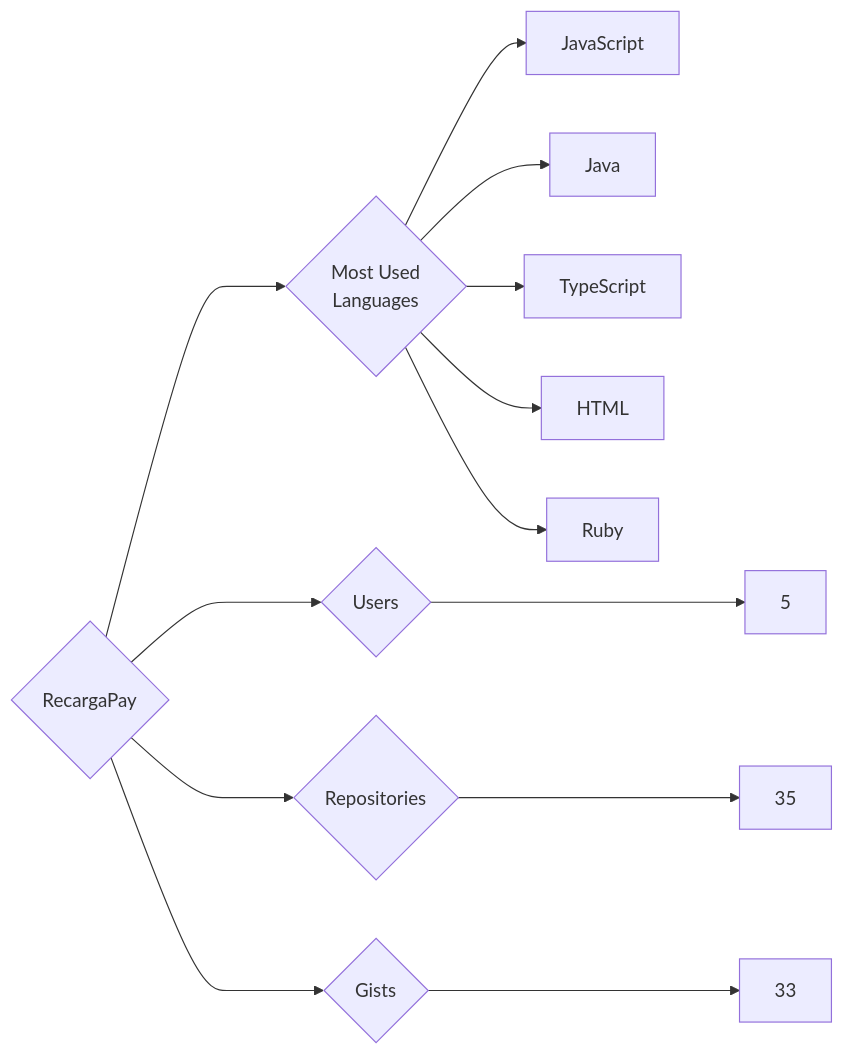
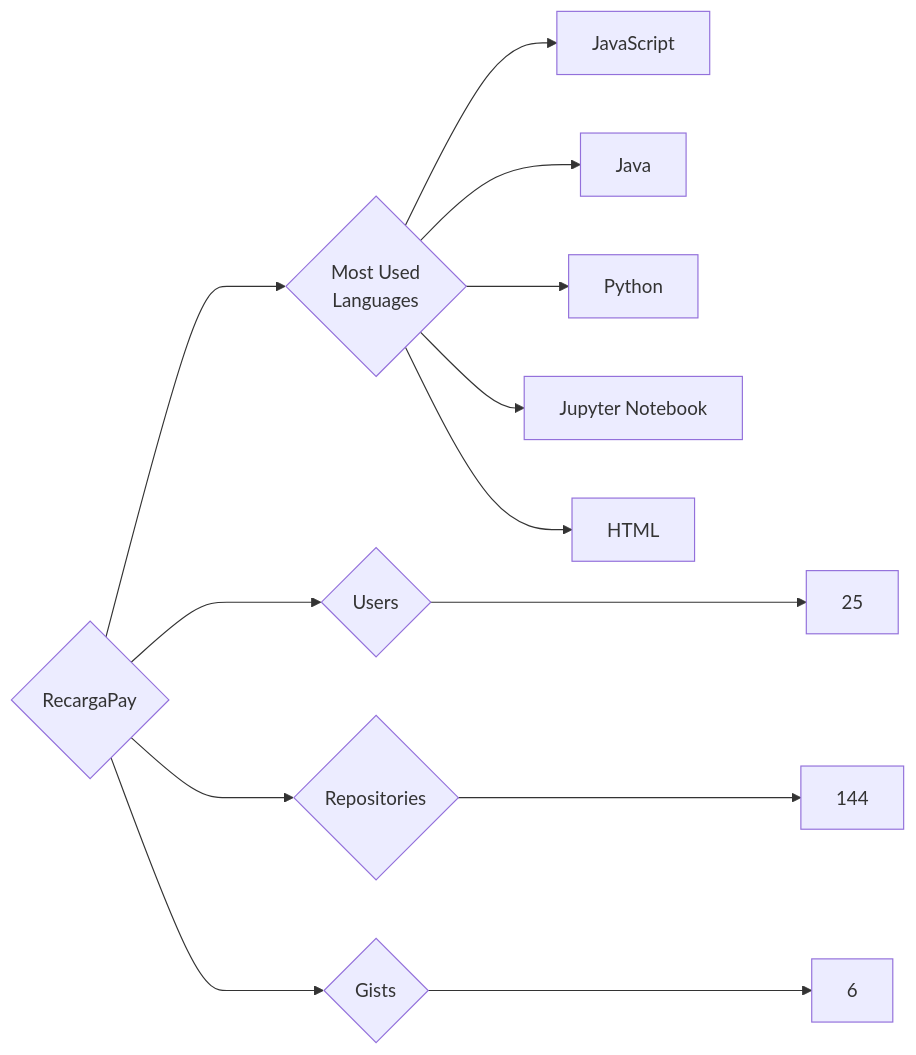
The diagram in targets/RecargaPay/README.md (trickest/insiders), drawn with Mermaid before and after one commit. The commit also changed 534 other files, not shown here.

````diff
--- a/targets/RecargaPay/README.md
+++ b/targets/RecargaPay/README.md
@@ -3,13 +3,13 @@
 ```mermaid
 graph LR
 COMPANY_NAME{RecargaPay}
-COMPANY_NAME ---> U{Users} ---> UN[5]
-COMPANY_NAME ---> R{Repositories} ---> RN[35]
-COMPANY_NAME ---> G{Gists} ---> GN[33]
+COMPANY_NAME ---> U{Users} ---> UN[25]
+COMPANY_NAME ---> R{Repositories} ---> RN[144]
+COMPANY_NAME ---> G{Gists} ---> GN[6]
 COMPANY_NAME ---> ML{Most Used<br>Languages}
 ML --> JavaScript[JavaScript]
 ML --> Java[Java]
-ML --> TypeScript[TypeScript]
+ML --> Python[Python]
+ML --> Jupyter_Notebook[Jupyter Notebook]
 ML --> HTML[HTML]
-ML --> Ruby[Ruby]
 ```
````
